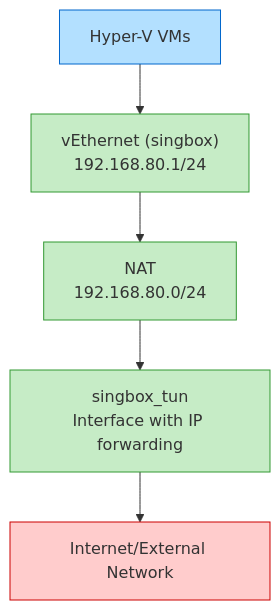
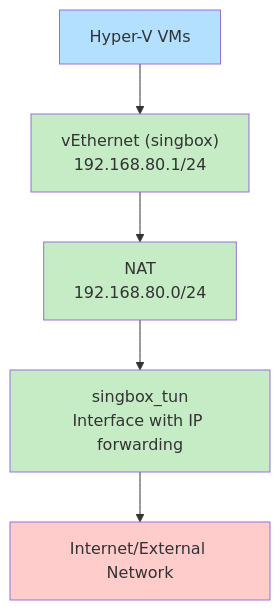
One commit to bingluo-coder/singbox-hyper-v-net-config changed the diagram in README.md. Above: the diagram before and after it, drawn with Mermaid.

````diff
--- a/README.md
+++ b/README.md
@@ -19,15 +19,15 @@
 ```mermaid
 graph TD
     VM[Hyper-V VMs] --> vSwitch["vEthernet (singbox)<br>192.168.80.1/24"]
     vSwitch --> NAT["NAT<br>192.168.80.0/24"]
     NAT --> SingboxTun["singbox_tun<br>Interface with IP forwarding"]
     SingboxTun --> Internet["Internet/External Network"]
     
-    classDef vm fill:#b3e0ff,stroke:#0066cc;
-    classDef network fill:#c6ecc6,stroke:#339933;
-    classDef internet fill:#ffcccc,stroke:#cc0000;
+    classDef vm fill:#b3e0ff;
+    classDef network fill:#c6ecc6;
+    classDef internet fill:#ffcccc;
     
     class VM vm;
     class vSwitch,NAT,SingboxTun network;
     class Internet internet;
 ```
````
